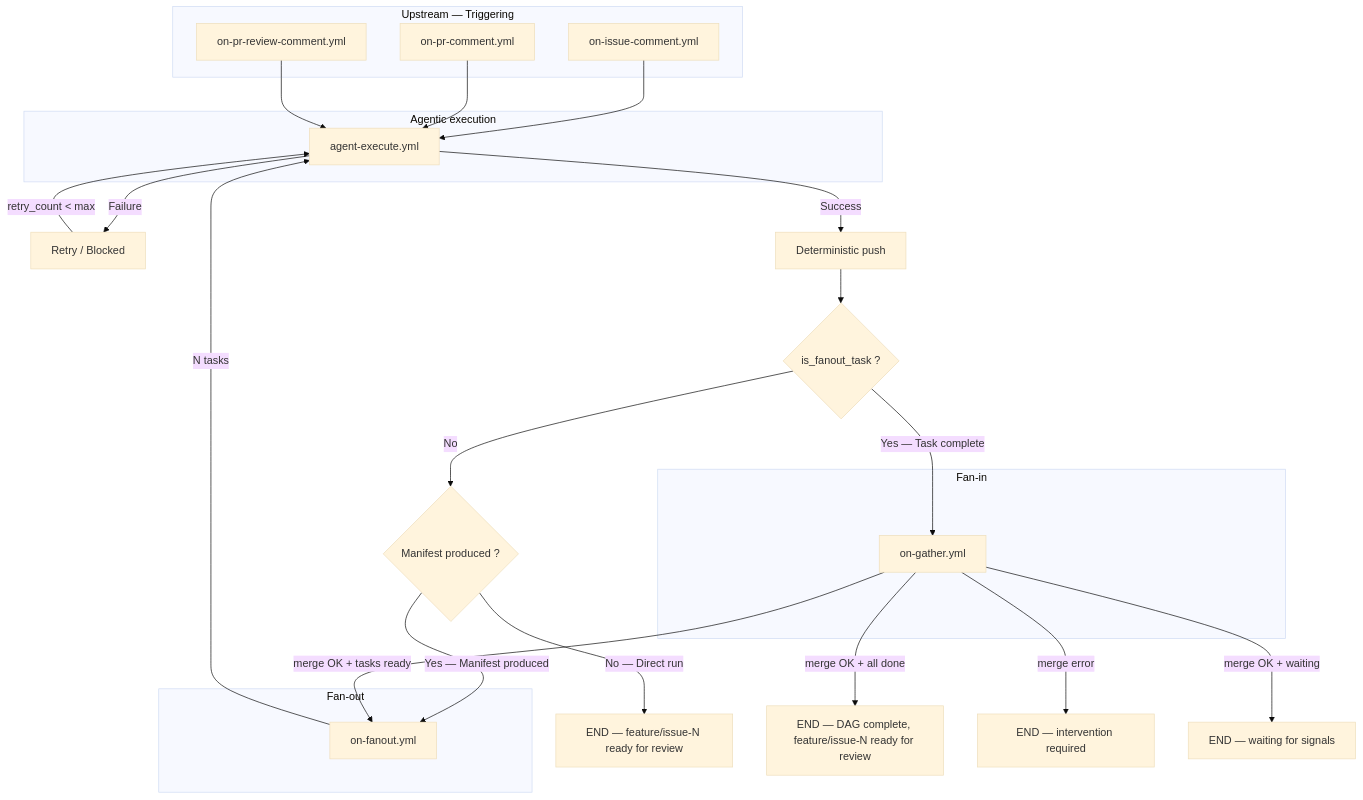
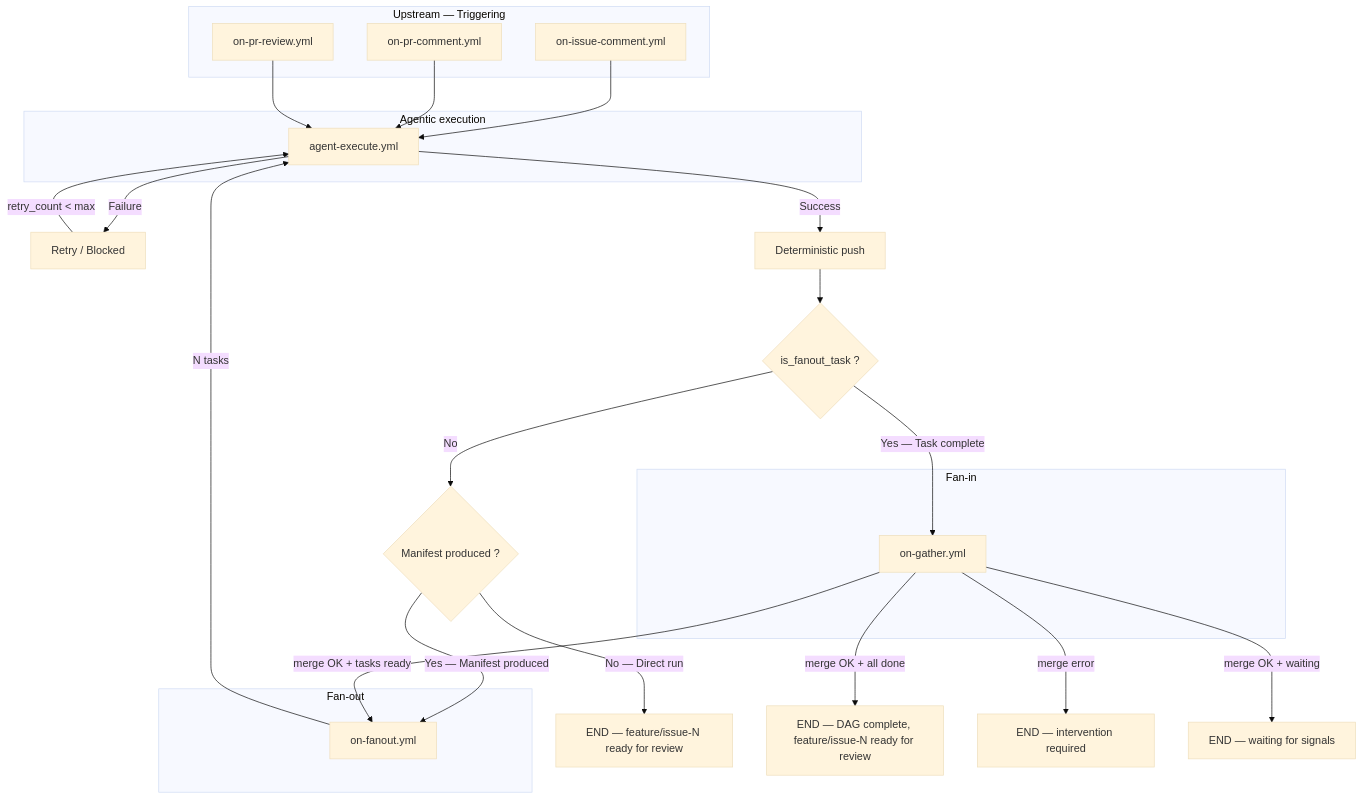
The first of 2 diagrams in .oneticket/docs/what/product-spec.md (dsissoko/oneticket-core), drawn with Mermaid (base theme) before and after one commit. The commit also changed other lines of this file and 1 other file, not shown here.

Commit message:
docs: sync product-spec + README — on-pr-review, oneticket-install split, notify-agent-failure, ready for review label

````diff
--- a/.oneticket/docs/what/product-spec.md
+++ b/.oneticket/docs/what/product-spec.md
@@ -646,45 +650,45 @@
 ```mermaid
 flowchart TD
 
     subgraph AMONT["Upstream — Triggering"]
         ISSUE["on-issue-comment.yml"]
         PR["on-pr-comment.yml"]
-        REVIEW["on-pr-review-comment.yml"]
+        REVIEW["on-pr-review.yml"]
     end
 
     subgraph EXEC_BOX["Agentic execution"]
         EXEC["agent-execute.yml"]
     end
 
     subgraph FANOUT_BOX["Fan-out"]
         FANOUT["on-fanout.yml"]
     end
 
     subgraph FANIN_BOX["Fan-in"]
         GATHER["on-gather.yml"]
     end
 
     ISSUE --> EXEC
     PR --> EXEC
     REVIEW --> EXEC
 
     EXEC -->|"Failure"| RETRY["Retry / Blocked"]
     RETRY -->|"retry_count < max"| EXEC
 
     EXEC -->|"Success"| PUSH["Deterministic push"]
 
     PUSH --> ISFANOUT{"is_fanout_task ?"}
 
     ISFANOUT -->|"Yes — Task complete"| GATHER
     ISFANOUT -->|"No"| MANIFESTCHECK{"Manifest produced ?"}
 
     MANIFESTCHECK -->|"Yes — Manifest produced"| FANOUT
     MANIFESTCHECK -->|"No — Direct run"| END_SIMPLE["END — feature/issue-N ready for review"]
 
     FANOUT -->|"N tasks"| EXEC
 
     GATHER -->|"merge OK + tasks ready"| FANOUT
     GATHER -->|"merge OK + all done"| DONE["END — DAG complete, feature/issue-N ready for review"]
     GATHER -->|"merge error"| ERROR["END — intervention required"]
     GATHER -->|"merge OK + waiting"| WAIT["END — waiting for signals"]
 ```
````
